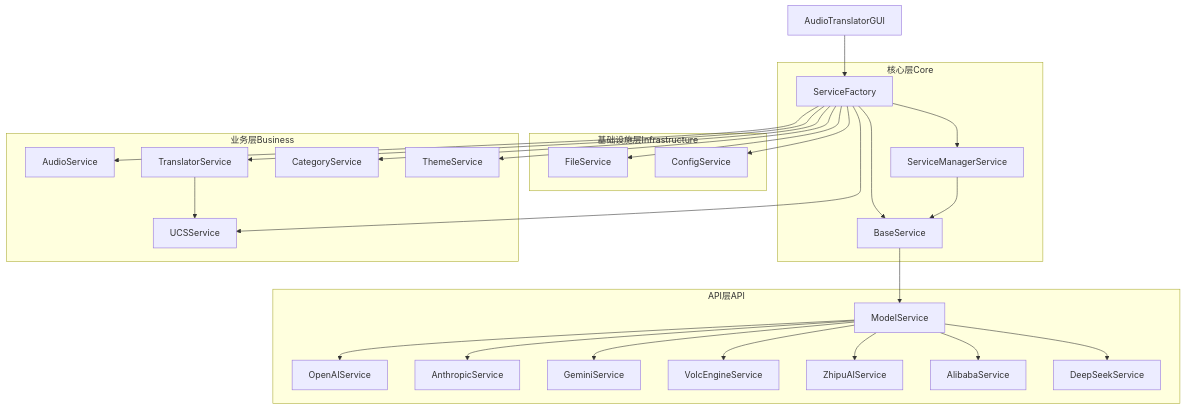
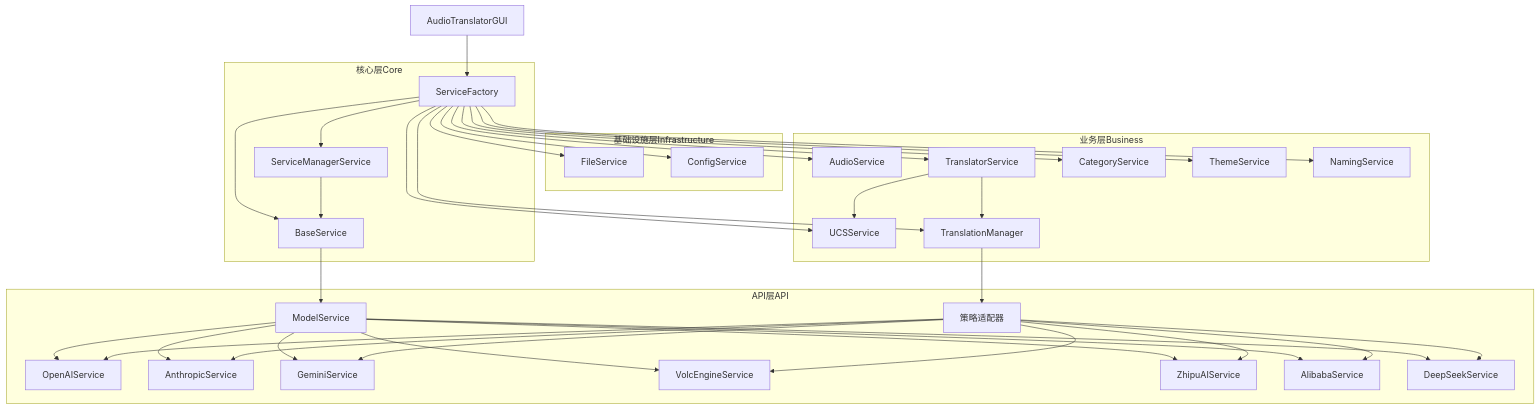
Before and after one commit to double2tea/AudioTranslator: the first of 2 diagrams in README.md, drawn with Mermaid. The commit also changed other lines of this file and 15 other files, not shown here.

````diff
--- a/README.md
+++ b/README.md
@@ -196,54 +253,68 @@
 ```mermaid
 flowchart TD
     A[AudioTranslatorGUI] --> B[ServiceFactory]
     
     subgraph 核心层[核心层Core]
         B[ServiceFactory]
         C[ServiceManagerService]
         D[BaseService]
     end
     
     subgraph 基础设施层[基础设施层Infrastructure]
         E[FileService]
         F[ConfigService]
     end
     
     subgraph 业务层[业务层Business]
         G[AudioService]
         H[TranslatorService]
         I[CategoryService]
         J[ThemeService]
         K[UCSService]
+        T[TranslationManager]
+        N[NamingService]
     end
     
     subgraph API层[API层API]
         L[ModelService]
         M[OpenAIService]
-        N[AnthropicService]
-        O[GeminiService]
-        P[VolcEngineService]
-        Q[ZhipuAIService]
-        R[AlibabaService]
-        S[DeepSeekService]
+        OA[AnthropicService]
+        GA[GeminiService]
+        V[VolcEngineService]
+        Z[ZhipuAIService]
+        AL[AlibabaService]
+        DS[DeepSeekService]
+        TS[策略适配器]
     end
     
     B --> C
     B --> D
     B --> E
     B --> F
     B --> G
     B --> H
     B --> I
     B --> J
     B --> K
+    B --> T
+    B --> N
     C --> D
     D --> L
     L --> M
-    L --> N
-    L --> O
-    L --> P
-    L --> Q
-    L --> R
-    L --> S
+    L --> OA
+    L --> GA
+    L --> V
+    L --> Z
+    L --> AL
+    L --> DS
     H --> K
+    H --> T
+    T --> TS
+    TS --> M
+    TS --> OA
+    TS --> GA
+    TS --> V
+    TS --> Z
+    TS --> AL
+    TS --> DS
 ```
````
